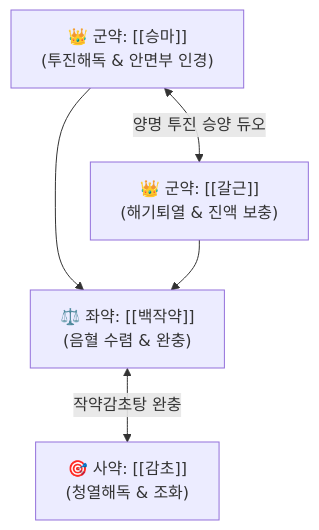
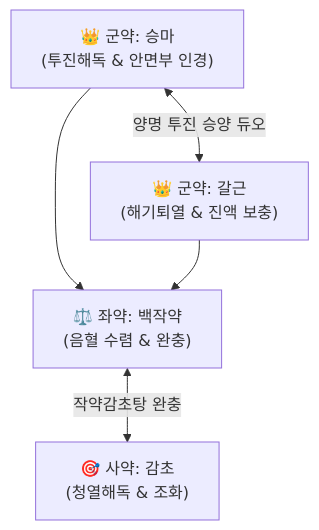
The diagram in content/2. 약리 공부/처방/01_해표제/승마갈근탕.md (simbio11/simbio-digital-garden2), drawn with Mermaid before and after one commit. The commit also changed other lines of this file and 323 other files, not shown here.

````diff
--- a/content/2. 약리 공부/처방/01_해표제/승마갈근탕.md
+++ b/content/2. 약리 공부/처방/01_해표제/승마갈근탕.md
@@ -44,7 +46,7 @@
 ```mermaid
 graph TD
-    SM["👑 군약: [[승마]]<br>(투진해독 & 안면부 인경)"] <-->|양명 투진 승양 듀오| GG["👑 군약: [[갈근]]<br>(해기퇴열 & 진액 보충)"]
-    SM --> JY["⚖️ 좌약: [[백작약]]<br>(음혈 수렴 & 완충)"]
+    SM["👑 군약: 승마<br>(투진해독 & 안면부 인경)"] <-->|양명 투진 승양 듀오| GG["👑 군약: 갈근<br>(해기퇴열 & 진액 보충)"]
+    SM --> JY["⚖️ 좌약: 백작약<br>(음혈 수렴 & 완충)"]
     GG --> JY
-    JY <-->|작약감초탕 완충| GC["🎯 사약: [[감초]]<br>(청열해독 & 조화)"]
+    JY <-->|작약감초탕 완충| GC["🎯 사약: 감초<br>(청열해독 & 조화)"]
 ```
````
